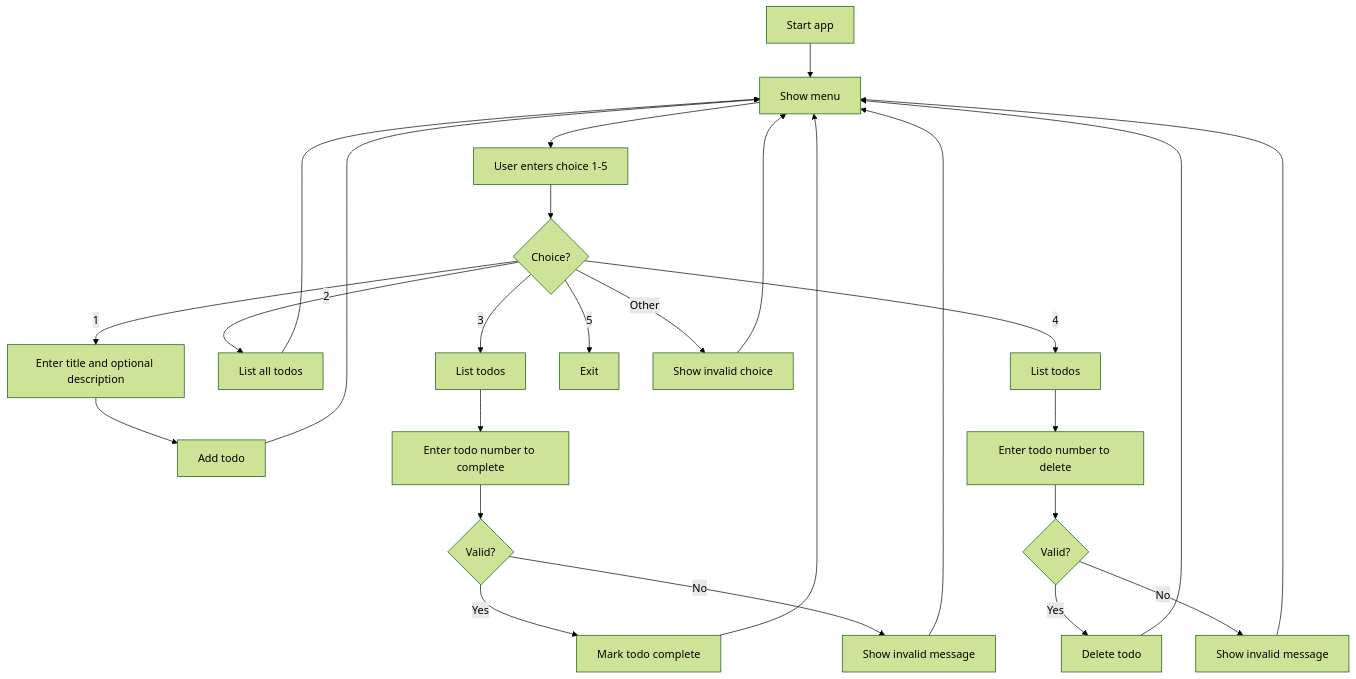
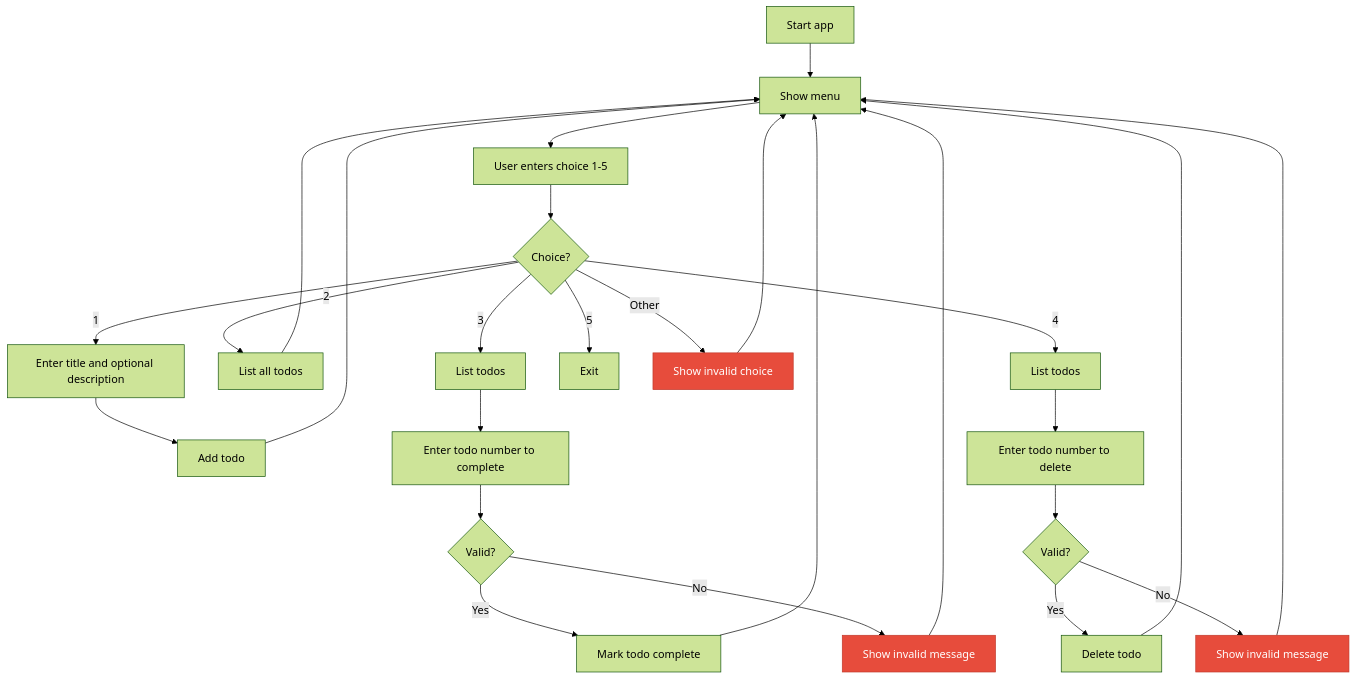
Before and after one commit to AmishPatel-jw/dna_labs_git_it_together: the diagram in readme.md, drawn with Mermaid (forest theme).

Commit message:
adding color

````diff
--- a/readme.md
+++ b/readme.md
@@ -7,28 +7,30 @@
 ```mermaid
 graph TD
   A["Start app"] --> B["Show menu"]
   B --> C["User enters choice 1-5"]
   C --> D{Choice?}
   D -->|"1"| E["Enter title and optional description"]
   E --> F["Add todo"]
   F --> B
   D -->|"2"| G["List all todos"]
   G --> B
   D -->|"3"| H["List todos"]
   H --> I["Enter todo number to complete"]
   I --> J{Valid?}
   J -->|Yes| K["Mark todo complete"]
   J -->|No| L["Show invalid message"]
   K --> B
   L --> B
   D -->|"4"| M["List todos"]
   M --> N["Enter todo number to delete"]
   N --> O{Valid?}
   O -->|Yes| P["Delete todo"]
   O -->|No| Q["Show invalid message"]
   P --> B
   Q --> B
   D -->|"5"| R["Exit"]
   D -->|Other| S["Show invalid choice"]
   S --> B
+  classDef error fill:#e74c3c,stroke:#c0392b,color:#fff
+  class L,Q,S error
 ```
````
